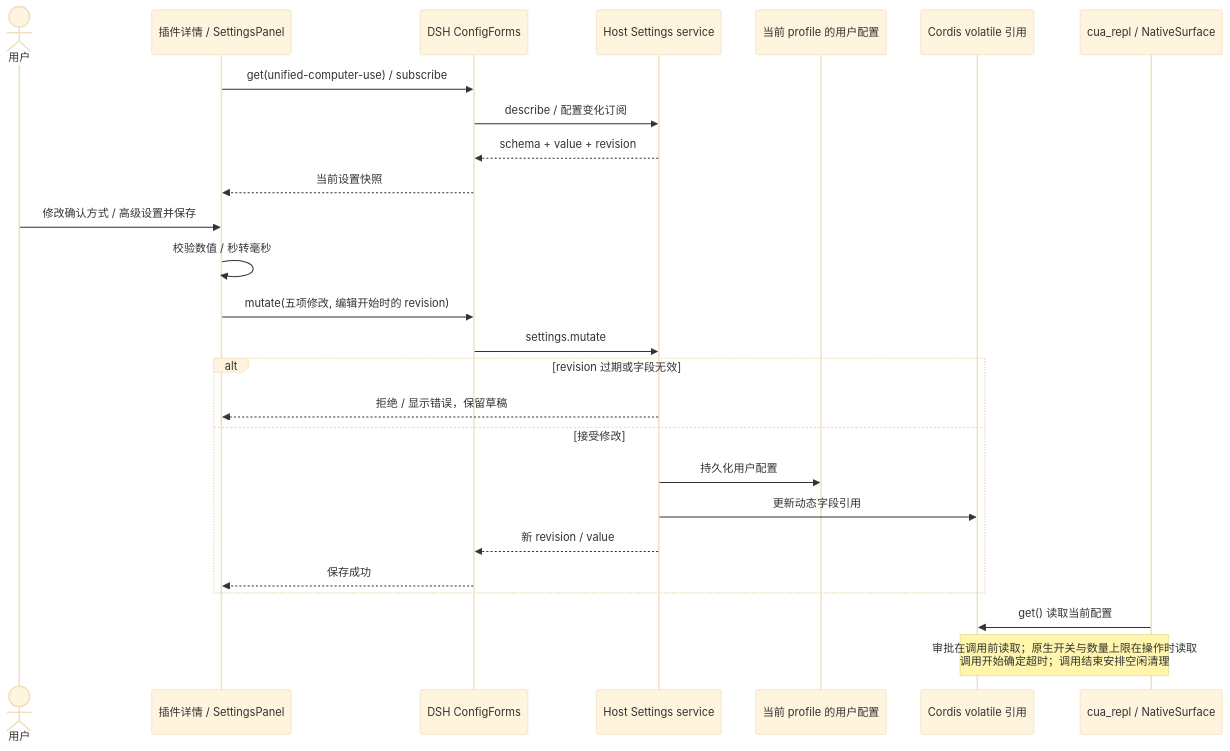
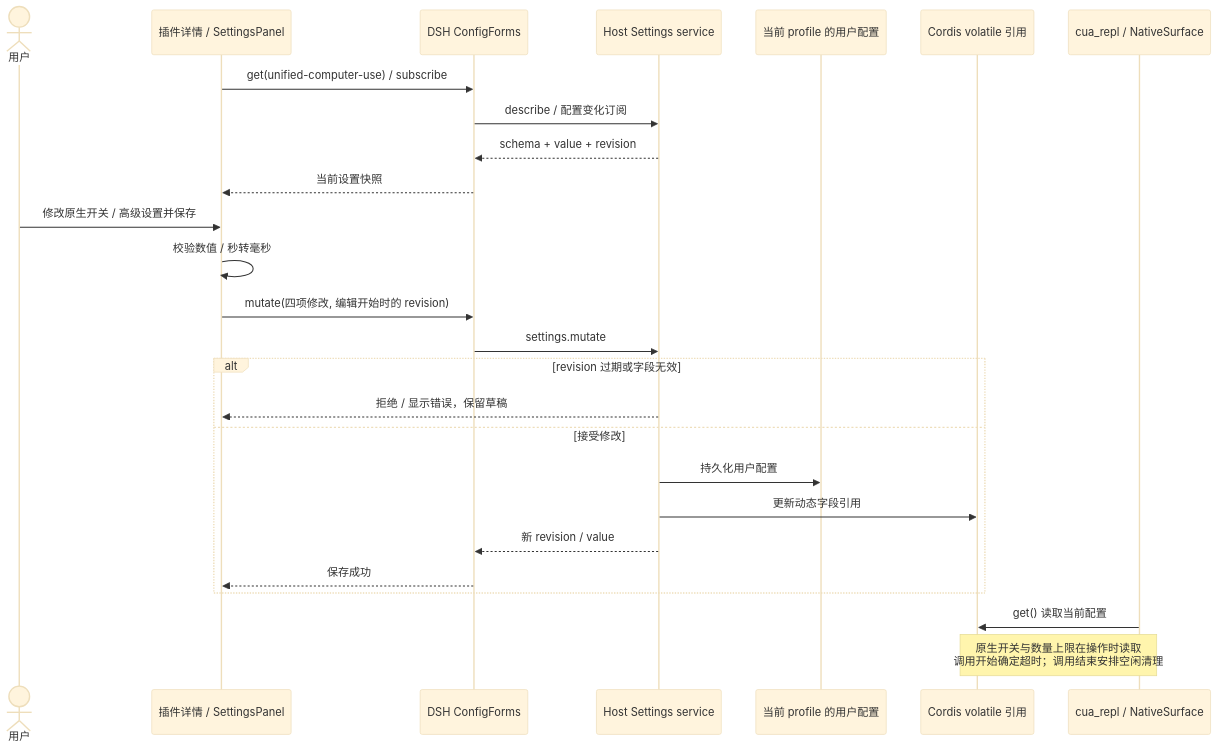
One commit to xiaoiver/dsh-unified-computer-use changed the sixth of 6 diagrams in docs/CALL-FLOWS.md. Above: the diagram before and after it, drawn with Mermaid (base theme). The commit also changed other lines of this file and 18 other files, not shown here.

````diff
--- a/docs/CALL-FLOWS.md
+++ b/docs/CALL-FLOWS.md
@@ -183,28 +183,28 @@
 ```mermaid
 sequenceDiagram
   actor User as 用户
   participant Page as 插件详情 / SettingsPanel
   participant Form as DSH ConfigForms
   participant Settings as Host Settings service
   participant Disk as 当前 profile 的用户配置
   participant Refs as Cordis volatile 引用
   participant Tool as cua_repl / NativeSurface
   Page->>Form: get(unified-computer-use) / subscribe
   Form->>Settings: describe / 配置变化订阅
   Settings-->>Form: schema + value + revision
   Form-->>Page: 当前设置快照
-  User->>Page: 修改确认方式 / 高级设置并保存
+  User->>Page: 修改原生开关 / 高级设置并保存
   Page->>Page: 校验数值 / 秒转毫秒
-  Page->>Form: mutate(五项修改, 编辑开始时的 revision)
+  Page->>Form: mutate(四项修改, 编辑开始时的 revision)
   Form->>Settings: settings.mutate
   alt revision 过期或字段无效
     Settings-->>Page: 拒绝 / 显示错误，保留草稿
   else 接受修改
     Settings->>Disk: 持久化用户配置
     Settings->>Refs: 更新动态字段引用
     Settings-->>Form: 新 revision / value
     Form-->>Page: 保存成功
   end
   Tool->>Refs: get() 读取当前配置
-  Note over Refs,Tool: 审批在调用前读取；原生开关与数量上限在操作时读取<br/>调用开始确定超时；调用结束安排空闲清理
+  Note over Refs,Tool: 原生开关与数量上限在操作时读取<br/>调用开始确定超时；调用结束安排空闲清理
 ```
````
